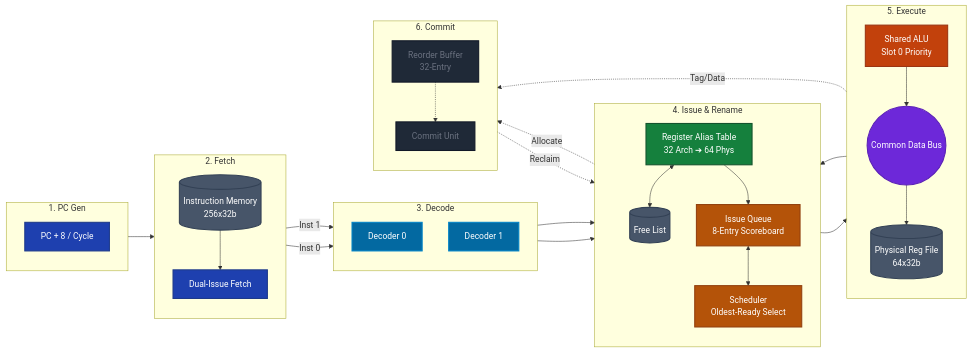
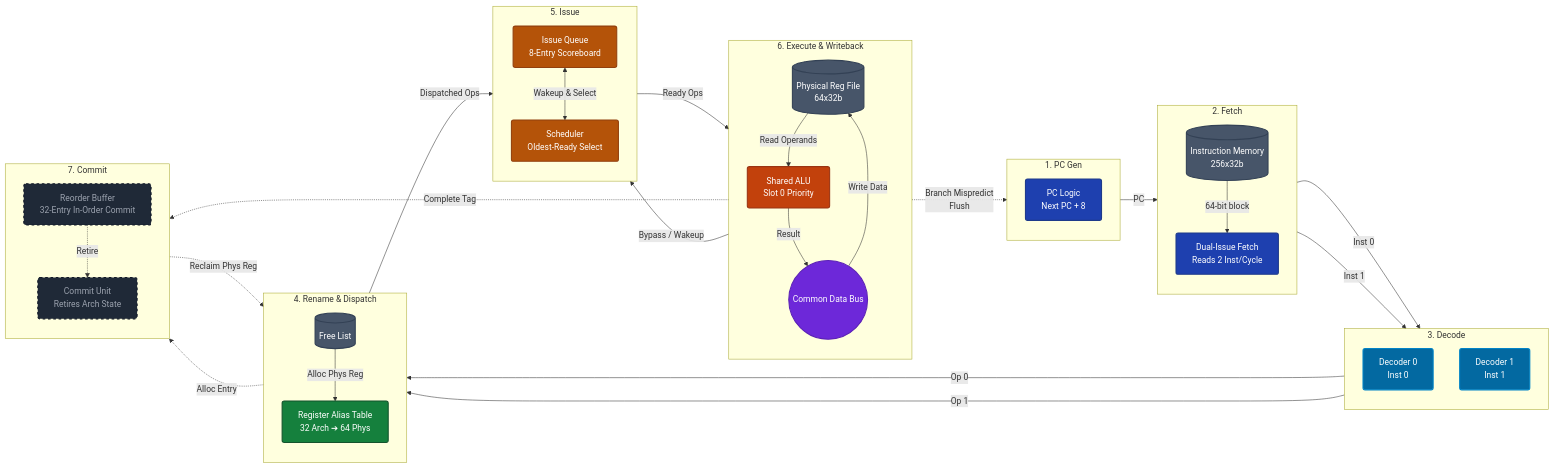
The diagram in README.md (devtyagi3909/riscv-ooo-core), drawn with Mermaid before and after one commit. The commit also changed other lines of this file, not shown here.

Commit message:
docs: restore animated architecture diagram and enhance mermaid block diagram

````diff
--- a/README.md
+++ b/README.md
@@ -34,73 +40,82 @@
 ```mermaid
 flowchart LR
-    classDef fetch fill:#1e40af,stroke:#1e3a8a,stroke-width:2px,color:#fff
-    classDef decode fill:#0369a1,stroke:#0284c7,stroke-width:2px,color:#fff
-    classDef rename fill:#15803d,stroke:#14532d,stroke-width:2px,color:#fff
-    classDef issue fill:#b45309,stroke:#92400e,stroke-width:2px,color:#fff
-    classDef execute fill:#c2410c,stroke:#9a3412,stroke-width:2px,color:#fff
-    classDef memory fill:#475569,stroke:#334155,stroke-width:2px,color:#fff
-    classDef cdb fill:#6d28d9,stroke:#5b21b6,stroke-width:2px,color:#fff
-    classDef unwired fill:#1f2937,stroke:#111827,stroke-width:2px,color:#6b7280
+    classDef fetch fill:#1e40af,stroke:#1e3a8a,stroke-width:2px,color:#fff,rx:4px,ry:4px
+    classDef decode fill:#0369a1,stroke:#0284c7,stroke-width:2px,color:#fff,rx:4px,ry:4px
+    classDef rename fill:#15803d,stroke:#14532d,stroke-width:2px,color:#fff,rx:4px,ry:4px
+    classDef issue fill:#b45309,stroke:#92400e,stroke-width:2px,color:#fff,rx:4px,ry:4px
+    classDef execute fill:#c2410c,stroke:#9a3412,stroke-width:2px,color:#fff,rx:4px,ry:4px
+    classDef memory fill:#475569,stroke:#334155,stroke-width:2px,color:#fff,rx:4px,ry:4px
+    classDef cdb fill:#6d28d9,stroke:#5b21b6,stroke-width:2px,color:#fff,rx:4px,ry:4px
+    classDef unwired fill:#1f2937,stroke:#111827,stroke-width:2px,color:#9ca3af,rx:4px,ry:4px,stroke-dasharray: 5 5
 
-    %% CVA6-Style 6-Stage Pipeline Layout
+    %% Pipeline Stages
     subgraph PC_GEN [1. PC Gen]
         direction TB
-        PC[PC + 8 / Cycle]:::fetch
+        PC[PC Logic<br>Next PC + 8]:::fetch
     end
 
     subgraph FETCH [2. Fetch]
         direction TB
         IMEM[(Instruction Memory<br>256x32b)]:::memory
-        F_Unit[Dual-Issue Fetch]:::fetch
+        F_Unit[Dual-Issue Fetch<br>Reads 2 Inst/Cycle]:::fetch
     end
 
     subgraph DECODE [3. Decode]
         direction TB
-        D_Unit0[Decoder 0]:::decode
-        D_Unit1[Decoder 1]:::decode
+        D_Unit0[Decoder 0<br>Inst 0]:::decode
+        D_Unit1[Decoder 1<br>Inst 1]:::decode
     end
 
-    subgraph ISSUE [4. Issue & Rename]
+    subgraph RENAME [4. Rename & Dispatch]
         direction TB
         RAT[Register Alias Table<br>32 Arch ➔ 64 Phys]:::rename
         FreeList[(Free List)]:::memory
+    end
+
+    subgraph ISSUE [5. Issue]
+        direction TB
         IQ[Issue Queue<br>8-Entry Scoreboard]:::issue
         Sched[Scheduler<br>Oldest-Ready Select]:::issue
     end
 
-    subgraph EXECUTE [5. Execute]
+    subgraph EXECUTE [6. Execute & Writeback]
         direction TB
+        PRF[(Physical Reg File<br>64x32b)]:::memory
         ALU[Shared ALU<br>Slot 0 Priority]:::execute
-        PRF[(Physical Reg File<br>64x32b)]:::memory
         CDB((Common Data Bus)):::cdb
     end
 
-    subgraph COMMIT [6. Commit]
+    subgraph COMMIT [7. Commit]
         direction TB
-        ROB[Reorder Buffer<br>32-Entry]:::unwired
-        C_Unit[Commit Unit]:::unwired
+        ROB[Reorder Buffer<br>32-Entry In-Order Commit]:::unwired
+        C_Unit[Commit Unit<br>Retires Arch State]:::unwired
     end
 
-    %% Connections
-    PC --> IMEM
-    IMEM --> F_Unit
+    %% Flow Connections
+    PC -->|PC| IMEM
+    IMEM -->|64-bit block| F_Unit
     F_Unit -->|Inst 0| D_Unit0
     F_Unit -->|Inst 1| D_Unit1
     
-    D_Unit0 --> RAT
-    D_Unit1 --> RAT
-    RAT <--> FreeList
+    D_Unit0 -->|Op 0| RAT
+    D_Unit1 -->|Op 1| RAT
+    FreeList -->|Alloc Phys Reg| RAT
     
-    RAT --> IQ
-    IQ <--> Sched
-    Sched --> ALU
+    RAT -->|Dispatched Ops| IQ
+    IQ <-->|Wakeup & Select| Sched
+    Sched -->|Ready Ops| ALU
     
-    ALU --> CDB
-    CDB --> PRF
-    CDB --> IQ
+    PRF -->|Read Operands| ALU
+    ALU -->|Result| CDB
+    CDB -->|Write Data| PRF
+    CDB -->|Bypass / Wakeup| IQ
     
-    RAT -. Allocate .-> ROB
-    CDB -. Tag/Data .-> ROB
-    ROB -.-> C_Unit
-    C_Unit -. Reclaim .-> FreeList
+    %% Commit connections
+    RAT -.->|Alloc Entry| ROB
+    CDB -.->|Complete Tag| ROB
+    ROB -.->|Retire| C_Unit
+    C_Unit -.->|Reclaim Phys Reg| FreeList
+    
+    %% Branch Mispredict
+    ALU -.->|Branch Mispredict<br>Flush| PC
 ```
````
